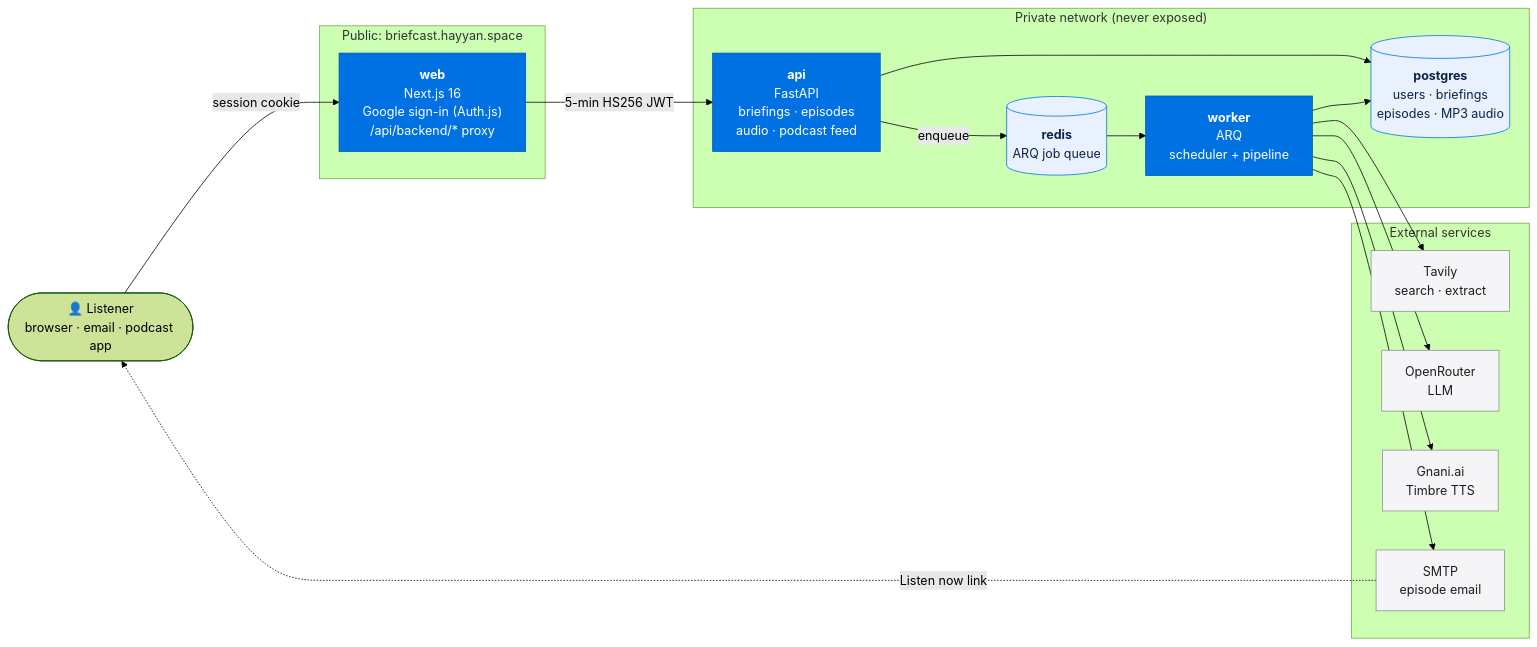
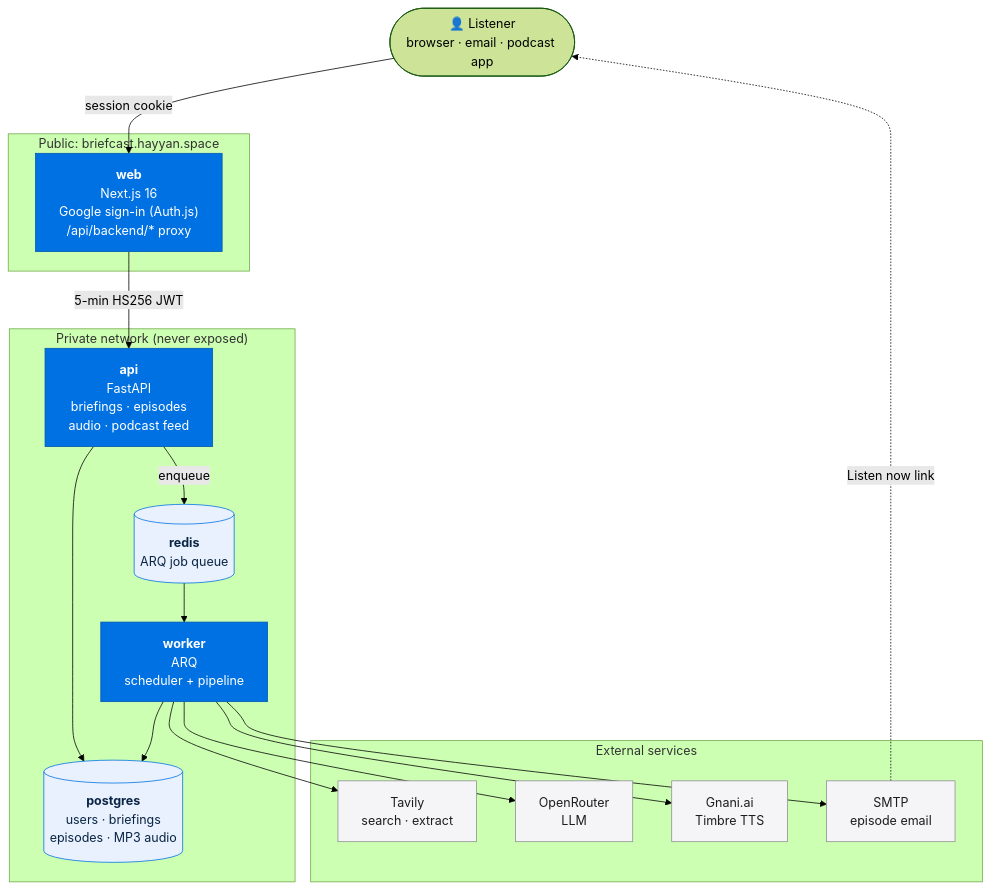
The first of 3 diagrams in README.md (Hayyan612/briefcast), drawn with Mermaid (forest theme) before and after one commit.

Commit message:
docs: architecture diagram top-to-bottom so it reads at full size on GitHub

````diff
--- a/README.md
+++ b/README.md
@@ -50,41 +50,41 @@
 ```mermaid
-flowchart LR
+flowchart TB
     user(["👤 Listener<br/>browser · email · podcast app"])
 
     subgraph public["Public: briefcast.hayyan.space"]
         web["<b>web</b><br/>Next.js 16<br/>Google sign-in (Auth.js)<br/>/api/backend/* proxy"]
     end
 
     subgraph private["Private network (never exposed)"]
         api["<b>api</b><br/>FastAPI<br/>briefings · episodes<br/>audio · podcast feed"]
         db[("<b>postgres</b><br/>users · briefings<br/>episodes · MP3 audio")]
         redis[("<b>redis</b><br/>ARQ job queue")]
         worker["<b>worker</b><br/>ARQ<br/>scheduler + pipeline"]
     end
 
     subgraph ext["External services"]
         tavily["Tavily<br/>search · extract"]
         llm["OpenRouter<br/>LLM"]
         gnani["Gnani.ai<br/>Timbre TTS"]
         smtp["SMTP<br/>episode email"]
     end
 
     user -- "session cookie" --> web
     web -- "5-min HS256 JWT" --> api
     api --> db
     api -- "enqueue" --> redis
     redis --> worker
     worker --> db
     worker --> tavily
     worker --> llm
     worker --> gnani
     worker --> smtp
     smtp -. "Listen now link" .-> user
 
     classDef svc fill:#0071e3,stroke:#0058b0,color:#fff
     classDef store fill:#e8f1fd,stroke:#0071e3,color:#0b2545
     classDef extn fill:#f5f5f7,stroke:#8e8e93,color:#1d1d1f
     class web,api,worker svc
     class db,redis store
     class tavily,llm,gnani,smtp extn
 ```
````
